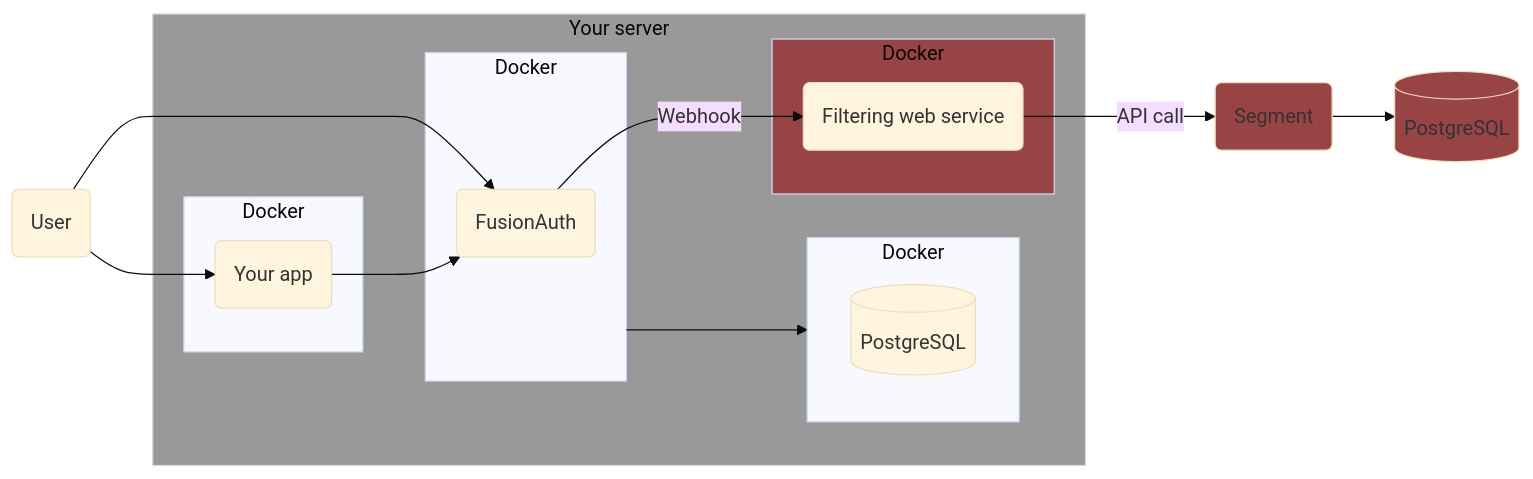
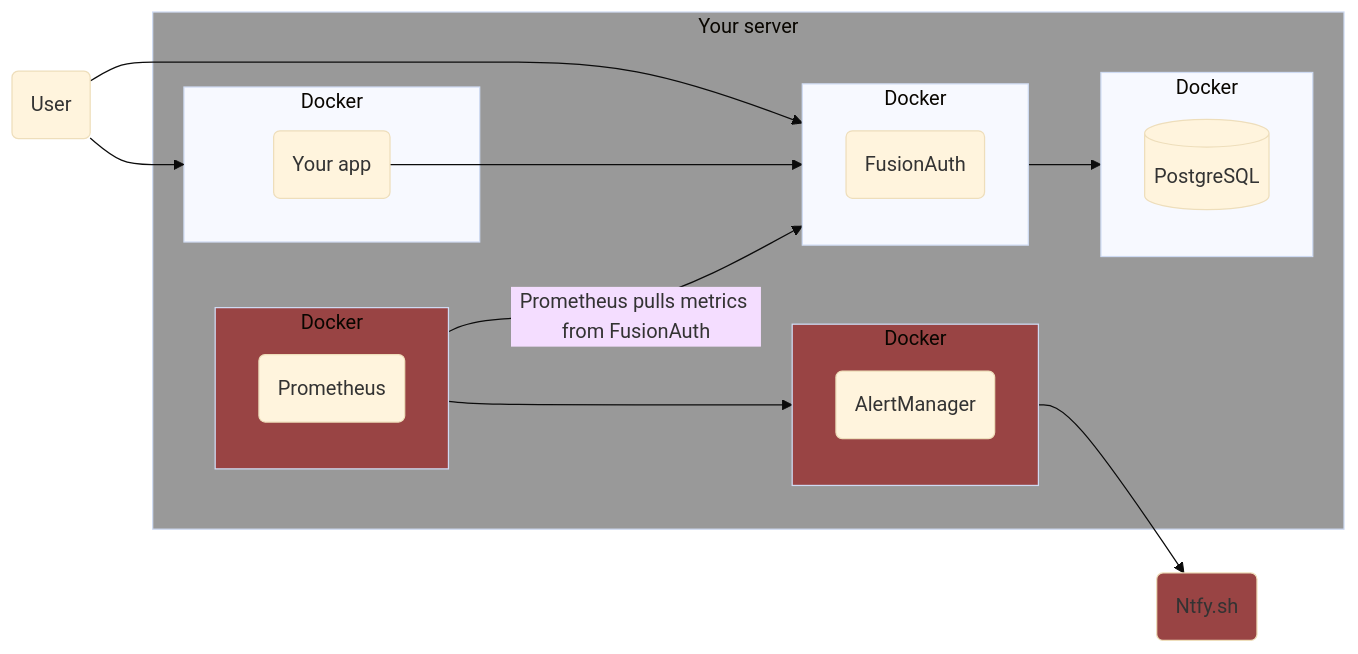
One commit to FusionAuth/fusionauth-site changed the third of 4 diagrams in astro/src/content/docs/operate/secure-and-monitor/prometheus2.mdx. Above: the diagram before and after it, drawn with Mermaid (base theme). The commit also changed other lines of this file, not shown here.

Commit message:
documented prometheus and alertmanager and nfty. now for loki and grafana

````diff
--- a/astro/src/content/docs/operate/secure-and-monitor/prometheus2.mdx
+++ b/astro/src/content/docs/operate/secure-and-monitor/prometheus2.mdx
@@ -214,31 +209,33 @@
 ```mermaid
 graph LR
-  X(Segment)
-  Y[(PostgreSQL)]
+  D(User)
+  N(Ntfy.sh)
   subgraph I[Your server]
     subgraph G[Docker]
       H[(PostgreSQL)]
     end
     subgraph C[Docker]
       A(FusionAuth)
     end
     subgraph E[Docker]
-      B(Filtering web service)
+      B(Prometheus)
+    end
+    subgraph K[Docker]
+      L(AlertManager)
     end
     subgraph J[Docker]
       F(Your app)
     end
   end
-  D(User)
-  D --> F
-  D --> A
+  D --> J
+  D --> C
   C --> G
-  F --> A
-  A --> |Webhook| B
-  B --> |API call| X
-  X --> Y
+  F --> C
+  E --> |Prometheus pulls metrics from FusionAuth| C
+  E --> K
+  K --> N
   style I fill:#999
-  style X fill:#944
   style E fill:#944
-  style Y fill:#944
+  style K fill:#944
+  style N fill:#944
 ```
````
